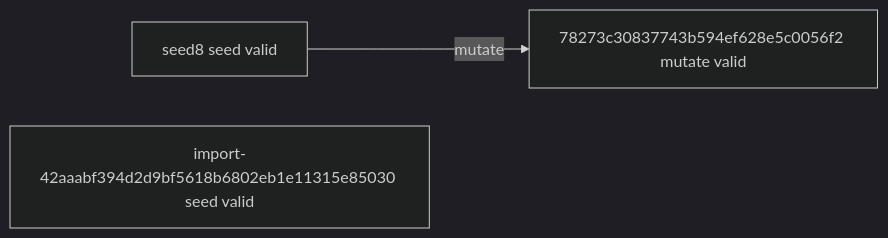
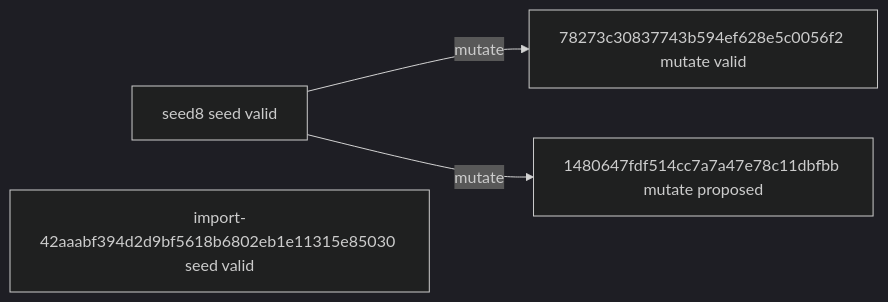
Before and after one commit to timbtz/feyer-search-lab: the diagram in experiments/campaigns/discrete-local-v1/README.md, drawn with Mermaid (dark theme). The commit also changed other lines of this file and 7 other files, not shown here.

````diff
--- a/experiments/campaigns/discrete-local-v1/README.md
+++ b/experiments/campaigns/discrete-local-v1/README.md
@@ -21,7 +21,9 @@
 ```mermaid
 graph LR
   n0["seed8 seed valid"]
   n1["import-42aaabf394d2d9bf5618b6802eb1e11315e85030 seed valid"]
   n2["78273c30837743b594ef628e5c0056f2 mutate valid"]
+  n3["1480647fdf514cc7a7a47e78c11dbfbb mutate proposed"]
   n0 -->|mutate| n2
+  n0 -->|mutate| n3
 ```
````
